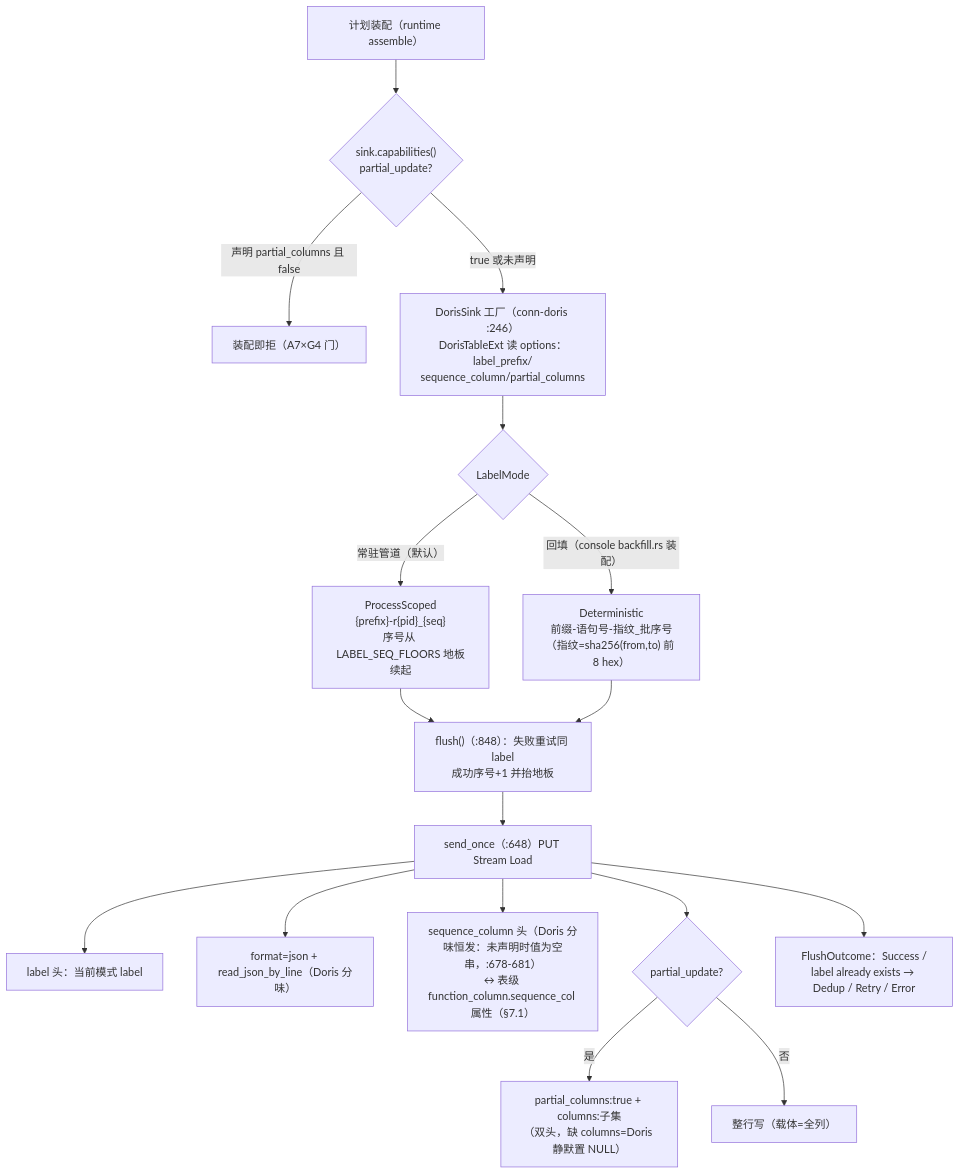
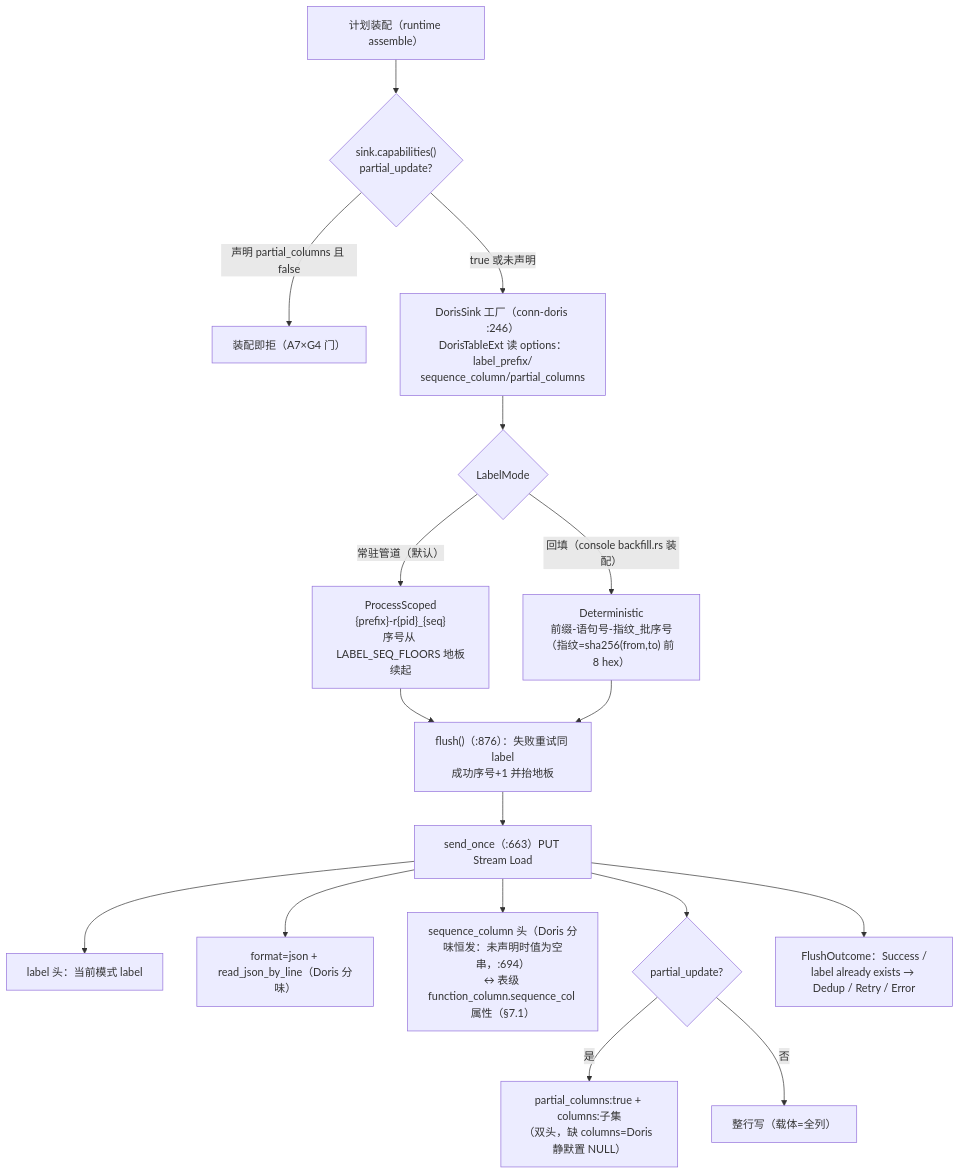
The fourth of 7 diagrams in docs/design/architecture.zh.md (SeekerGalahad/tailrace), drawn with Mermaid before and after one commit. The commit also changed other lines of this file and 12 other files, not shown here.

````diff
--- a/docs/design/architecture.zh.md
+++ b/docs/design/architecture.zh.md
@@ -447,19 +487,19 @@
 ```mermaid
 flowchart TB
   PLAN["计划装配（runtime assemble）"] --> CAP{"sink.capabilities()<br/>partial_update?"}
   CAP -->|"声明 partial_columns 且 false"| REJ["装配即拒（A7×G4 门）"]
   CAP -->|"true 或未声明"| BUILD["DorisSink 工厂（conn-doris :246）<br/>DorisTableExt 读 options：label_prefix/<br/>sequence_column/partial_columns"]
   BUILD --> MODE{"LabelMode"}
   MODE -->|"常驻管道（默认）"| PS["ProcessScoped<br/>{prefix}-r{pid}_{seq}<br/>序号从 LABEL_SEQ_FLOORS 地板续起"]
   MODE -->|"回填（console backfill.rs 装配）"| DET["Deterministic<br/>前缀-语句号-指纹_批序号<br/>（指纹=sha256(from,to) 前 8 hex）"]
-  PS --> FLUSH["flush()（:848）：失败重试同 label<br/>成功序号+1 并抬地板"]
+  PS --> FLUSH["flush()（:876）：失败重试同 label<br/>成功序号+1 并抬地板"]
   DET --> FLUSH
-  FLUSH --> SEND["send_once（:648）PUT Stream Load"]
+  FLUSH --> SEND["send_once（:663）PUT Stream Load"]
   SEND --> H1["label 头：当前模式 label"]
   SEND --> H2["format=json + read_json_by_line（Doris 分味）"]
-  SEND --> H3["sequence_column 头（Doris 分味恒发：未声明时值为空串，:678-681）<br/>↔ 表级 function_column.sequence_col 属性（§7.1）"]
+  SEND --> H3["sequence_column 头（Doris 分味恒发：未声明时值为空串，:694）<br/>↔ 表级 function_column.sequence_col 属性（§7.1）"]
   SEND --> H4{"partial_update?"}
   H4 -->|"是"| H4A["partial_columns:true + columns:子集<br/>（双头，缺 columns=Doris 静默置 NULL）"]
   H4 -->|"否"| H4B["整行写（载体=全列）"]
   SEND --> ACK["FlushOutcome：Success /<br/>label already exists → Dedup / Retry / Error"]
 ```
````
